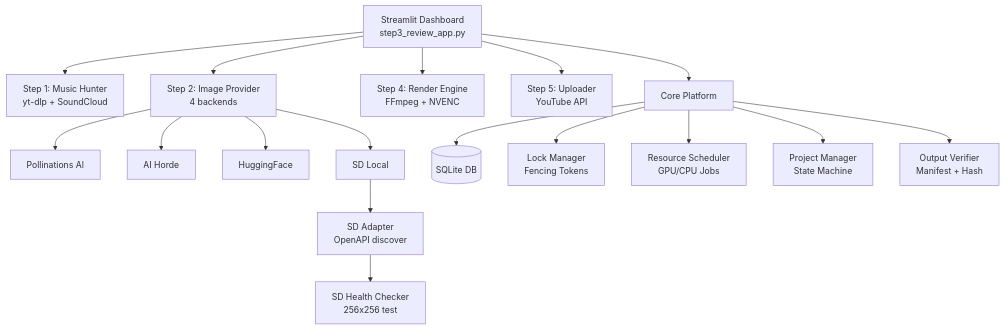
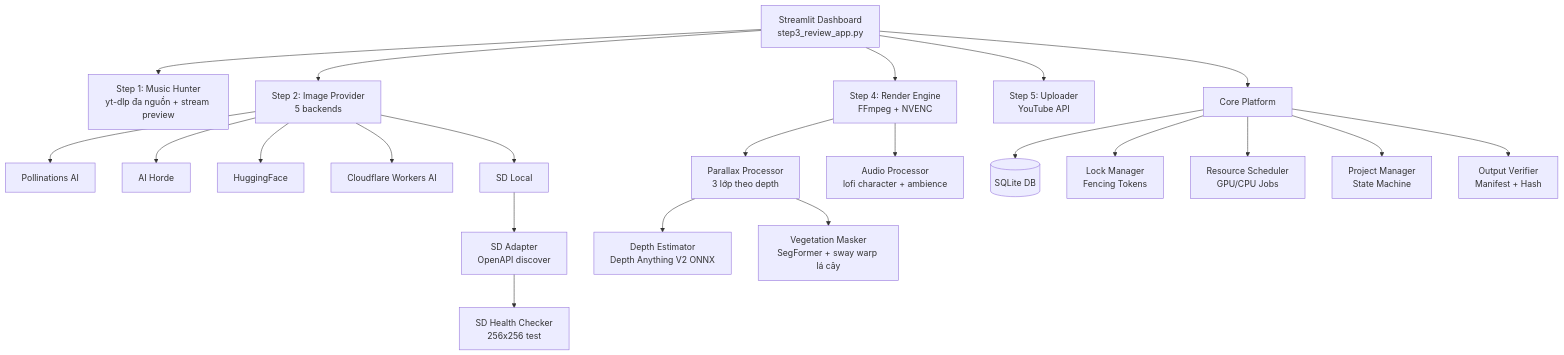
Before and after one commit to MTrong2004/Lofi_Auto: the diagram in README.md, drawn with Mermaid. The commit also changed other lines of this file and 39 other files, not shown here.

````diff
--- a/README.md
+++ b/README.md
@@ -249,22 +269,28 @@
 ```mermaid
 graph TD
-    UI[Streamlit Dashboard<br/>step3_review_app.py] --> S1[Step 1: Music Hunter<br/>yt-dlp + SoundCloud]
-    UI --> S2[Step 2: Image Provider<br/>4 backends]
+    UI[Streamlit Dashboard<br/>step3_review_app.py] --> S1[Step 1: Music Hunter<br/>yt-dlp đa nguồn + stream preview]
+    UI --> S2[Step 2: Image Provider<br/>5 backends]
     UI --> S4[Step 4: Render Engine<br/>FFmpeg + NVENC]
     UI --> S5[Step 5: Uploader<br/>YouTube API]
     
     S2 --> P1[Pollinations AI]
     S2 --> P2[AI Horde]
     S2 --> P3[HuggingFace]
+    S2 --> P5[Cloudflare Workers AI]
     S2 --> P4[SD Local]
     
     P4 --> SDA[SD Adapter<br/>OpenAPI discover]
     SDA --> SDH[SD Health Checker<br/>256x256 test]
+    
+    S4 --> PX[Parallax Processor<br/>3 lớp theo depth]
+    PX --> DE[Depth Estimator<br/>Depth Anything V2 ONNX]
+    PX --> VM[Vegetation Masker<br/>SegFormer + sway warp lá cây]
+    S4 --> AP[Audio Processor<br/>lofi character + ambience]
     
     UI --> C[Core Platform]
     C --> DB[(SQLite DB)]
     C --> LM[Lock Manager<br/>Fencing Tokens]
     C --> RS[Resource Scheduler<br/>GPU/CPU Jobs]
     C --> PM[Project Manager<br/>State Machine]
     C --> OV[Output Verifier<br/>Manifest + Hash]
 ```
````
